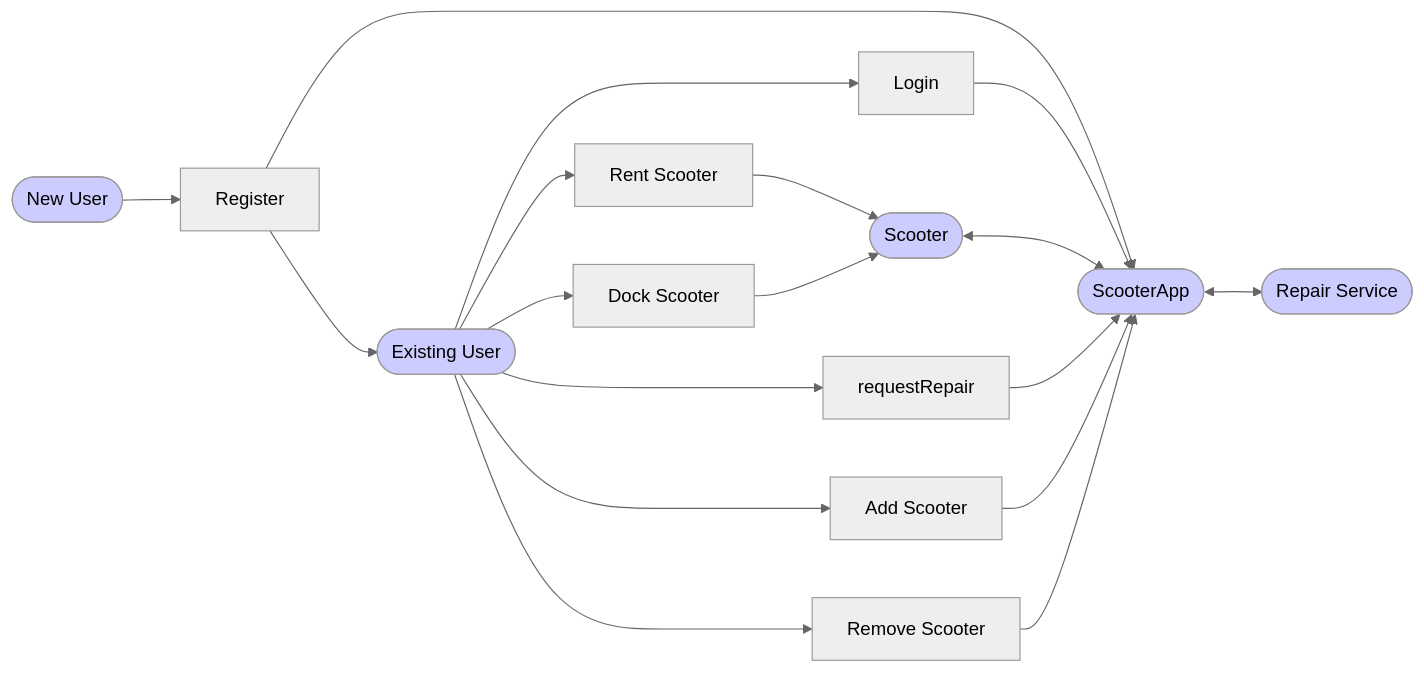
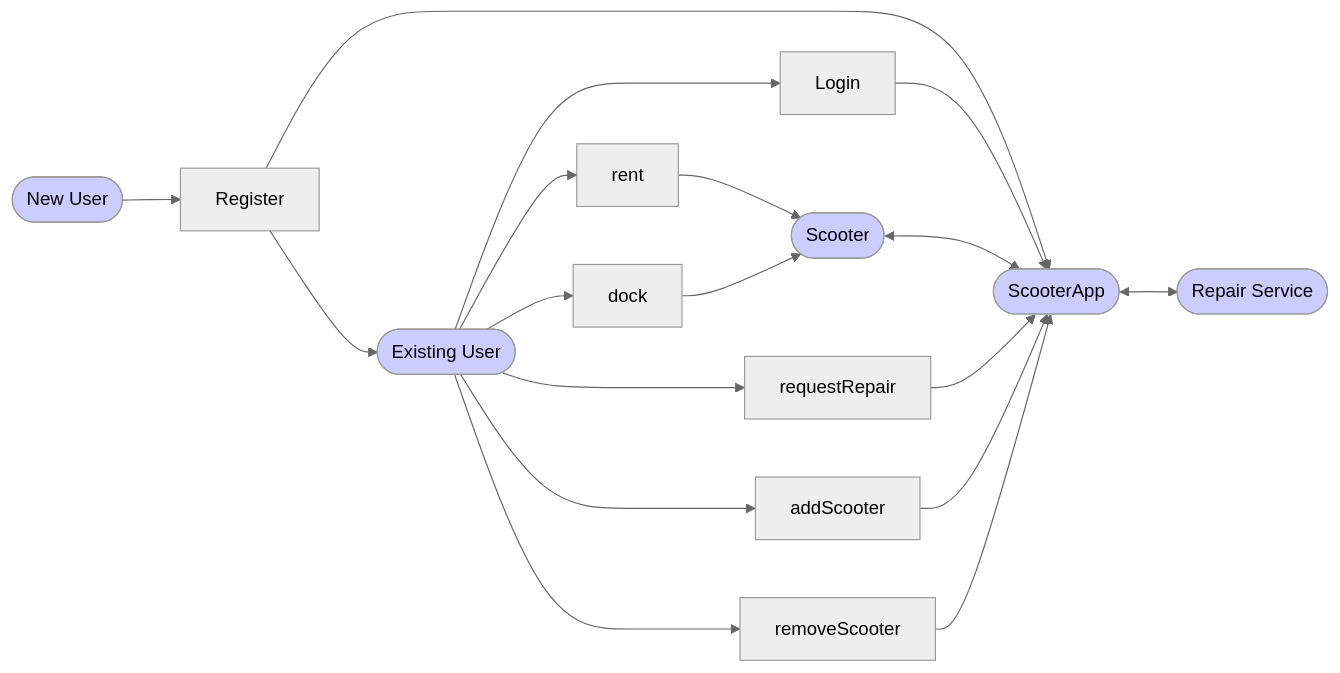
Before and after one commit to JoshuaLaurence/scooter-project: the diagram in diagrams/scooterHireSystem-userDiagram.mmd, drawn with Mermaid (neutral theme). The commit also changed 6 other files, not shown here.

```diff
--- a/diagrams/scooterHireSystem-userDiagram.mmd
+++ b/diagrams/scooterHireSystem-userDiagram.mmd
@@ -1,47 +1,47 @@
 flowchart LR
     EXISTINGUSER([Existing User])
     NEWUSER([New User])
     SCOOTER([Scooter])
     REPAIRSERVICE([Repair Service])
     style REPAIRSERVICE fill:#ccf
     style SCOOTER fill:#ccf
     style NEWUSER fill:#ccf
     style EXISTINGUSER fill:#ccf
     EXISTINGUSER-->login[Login]
     EXISTINGUSER-->rent
     EXISTINGUSER-->dock
     NEWUSER-->register
     EXISTINGUSER-->requestRepair
     EXISTINGUSER-->addScooter
     SCOOTERAPP([ScooterApp])
     style SCOOTERAPP fill:#ccf
     EXISTINGUSER-->removeScooter
 
 
-    addScooter[Add Scooter]
-    removeScooter[Remove Scooter]
+    addScooter[addScooter]
+    removeScooter[removeScooter]
 
-    rent[Rent Scooter]
+    rent[rent]
 
 
 
-    dock[Dock Scooter]
+    dock[dock]
 
 
 
     register[Register]
 
     login-->SCOOTERAPP
     register-->SCOOTERAPP
     requestRepair-->SCOOTERAPP
     register-->EXISTINGUSER
     rent-->SCOOTER
     dock-->SCOOTER
     SCOOTER<-->SCOOTERAPP
 
     SCOOTERAPP<-->REPAIRSERVICE
 
     addScooter-->SCOOTERAPP
     removeScooter-->SCOOTERAPP
 
     register
```
